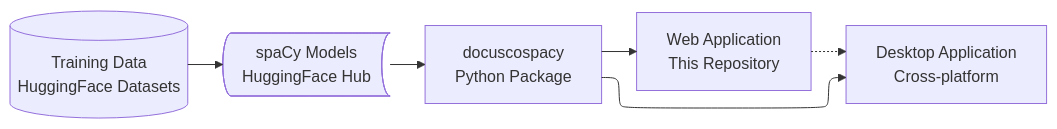
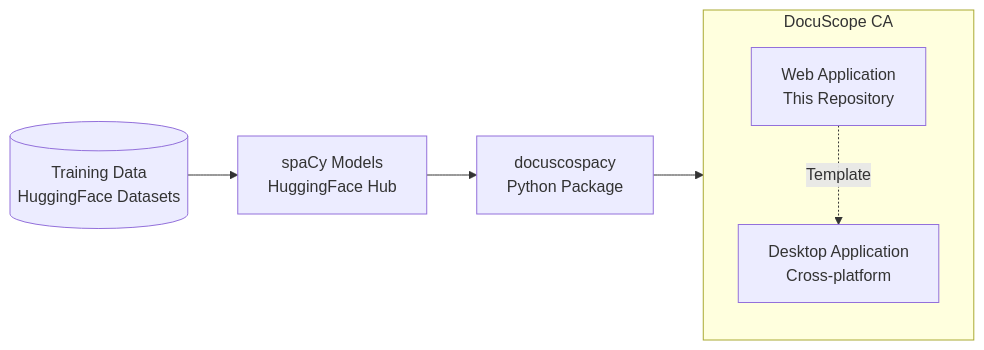
The diagram in README.md (browndw/docuscope-ca-online), drawn with Mermaid before and after one commit.

Commit message:
Update flowchart in README.md for clarity

````diff
--- a/README.md
+++ b/README.md
@@ -16,18 +16,15 @@
 ```mermaid
----
-config:
-  layout: elk
----
-flowchart LR
+ flowchart LR
     A["Training Data<br>HuggingFace Datasets"] --> B["spaCy Models<br>HuggingFace Hub"]
     B --> C["docuscospacy<br>Python Package"]
-    C --> D["Web Application<br>This Repository"] & E["Desktop Application<br>Cross-platform"]
-    D -.-> E
+    subgraph ide1 [DocuScope CA]
+    D["Web Application<br>This Repository"] -.Template.-> E["Desktop Application<br>Cross-platform"]
+    end
+    C --> ide1
     A@{ shape: cyl}
-    B@{ shape: stored-data}
     click A "https://huggingface.co/datasets/browndw/docusco-spacy-training"
     click B "https://huggingface.co/browndw/en_docusco_spacy"
     click C "https://pypi.org/project/docuscospacy/"
     click D "https://github.com/browndw/docuscope-ca-online"
     click E "https://github.com/browndw/docuscope-ca-desktop"
 ```
````
